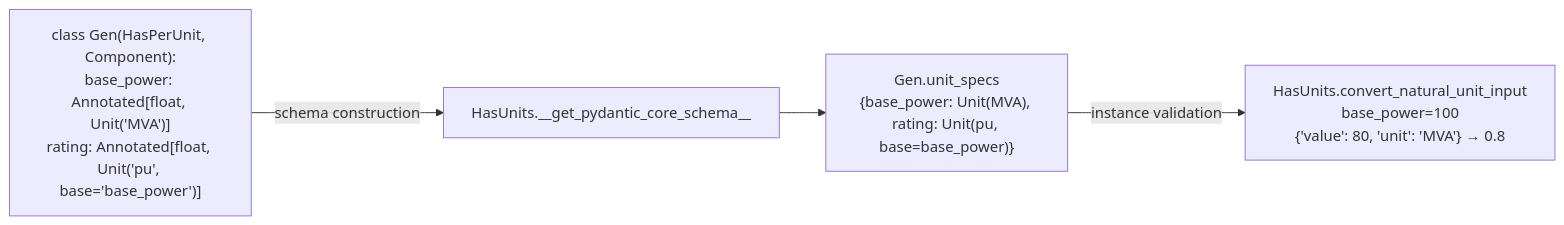
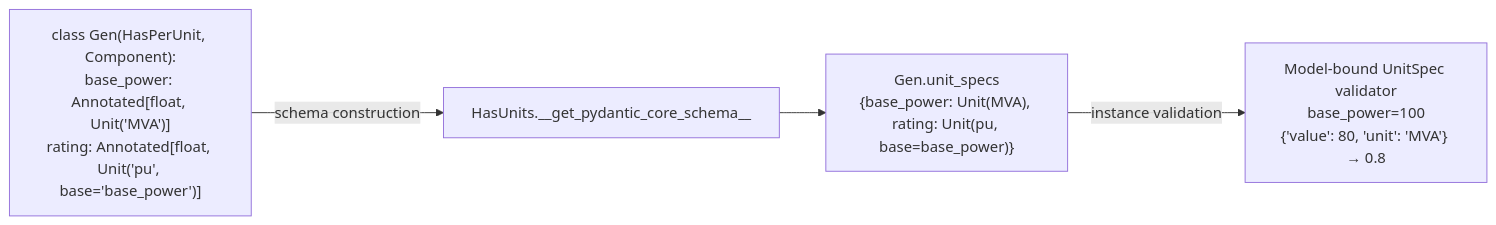
One commit to NatLabRockies/r2x-core changed the fifth of 5 diagrams in docs/src/content/docs/explanations/architecture.md. Above: the diagram before and after it, drawn with Mermaid. The commit also changed other lines of this file and 20 other files, not shown here.

````diff
--- a/docs/src/content/docs/explanations/architecture.md
+++ b/docs/src/content/docs/explanations/architecture.md
@@ -187,9 +187,9 @@
 ```mermaid
 flowchart LR
     decl["class Gen(HasPerUnit, Component):<br/>base_power: Annotated[float, Unit('MVA')]<br/>rating: Annotated[float, Unit('pu', base='base_power')]"]
     hook["HasUnits.__get_pydantic_core_schema__"]
     specs["Gen.unit_specs<br/>{base_power: Unit(MVA), rating: Unit(pu, base=base_power)}"]
-    validate["HasUnits.convert_natural_unit_input<br/>base_power=100<br/>{'value': 80, 'unit': 'MVA'} → 0.8"]
+    validate["Model-bound UnitSpec validator<br/>base_power=100<br/>{'value': 80, 'unit': 'MVA'} → 0.8"]
     decl -->|schema construction| hook --> specs
     specs -->|instance validation| validate
 ```
````
